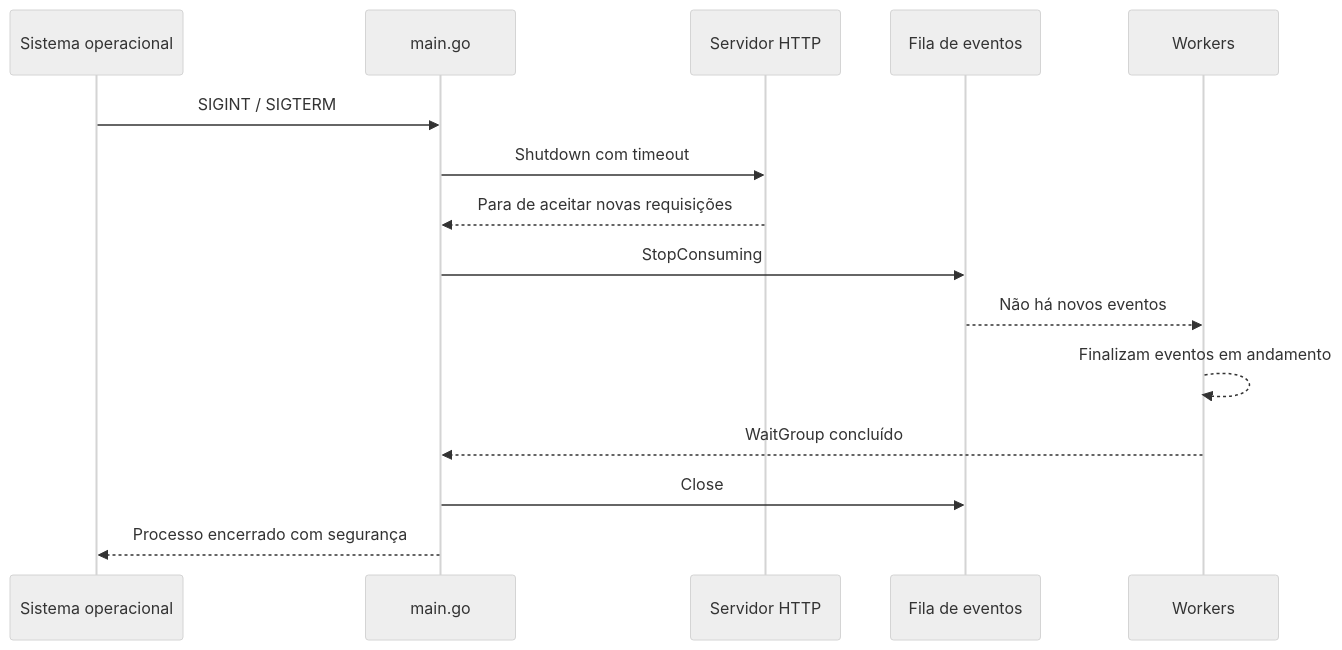
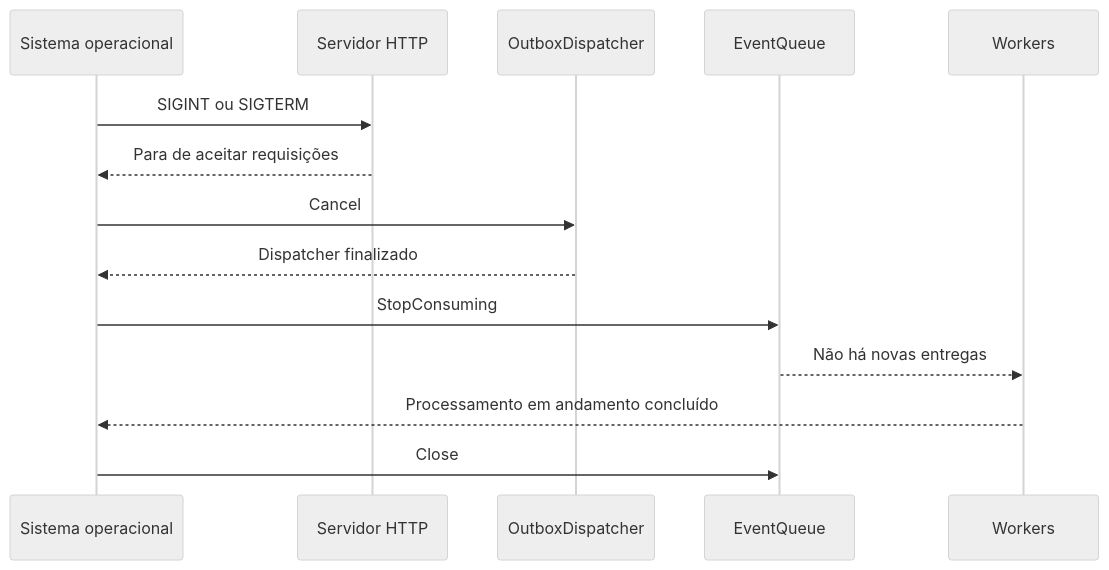
Before and after one commit to rafamguedes/go-webhook-processor: the third of 3 diagrams in docs/architecture.md, drawn with Mermaid (neutral theme). The commit also changed other lines of this file and 15 other files, not shown here.

````diff
--- a/docs/architecture.md
+++ b/docs/architecture.md
@@ -83,18 +72,17 @@
 ```mermaid
 sequenceDiagram
     participant OS as Sistema operacional
-    participant Main as main.go
     participant HTTP as Servidor HTTP
-    participant Queue as Fila de eventos
+    participant Outbox as OutboxDispatcher
+    participant Queue as EventQueue
     participant Workers as Workers
 
-    OS->>Main: SIGINT / SIGTERM
-    Main->>HTTP: Shutdown com timeout
-    HTTP-->>Main: Para de aceitar novas requisições
-    Main->>Queue: StopConsuming
-    Queue-->>Workers: Não há novos eventos
-    Workers-->>Workers: Finalizam eventos em andamento
-    Workers-->>Main: WaitGroup concluído
-    Main->>Queue: Close
-    Main-->>OS: Processo encerrado com segurança
+    OS->>HTTP: SIGINT ou SIGTERM
+    HTTP-->>OS: Para de aceitar requisições
+    OS->>Outbox: Cancel
+    Outbox-->>OS: Dispatcher finalizado
+    OS->>Queue: StopConsuming
+    Queue-->>Workers: Não há novas entregas
+    Workers-->>OS: Processamento em andamento concluído
+    OS->>Queue: Close
 ```
````
